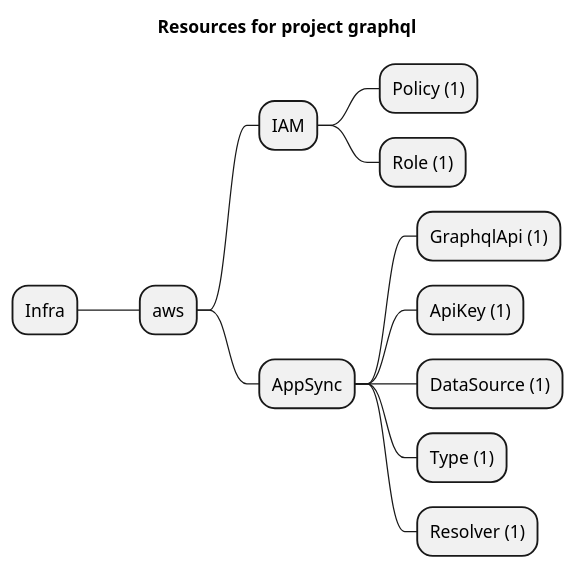
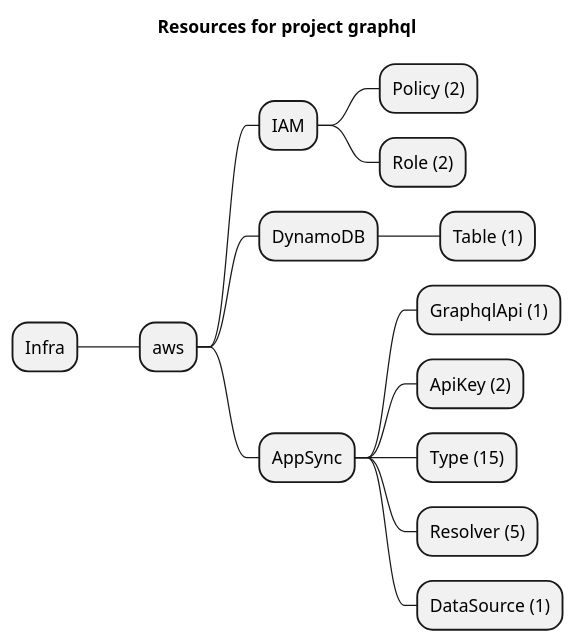
One commit to grucloud/grucloud changed the diagram in examples/aws/appSync/graphql/artifacts/resources-mindmap.puml. Above: the diagram before and after it, drawn with PlantUML. The commit also changed 37 other files, not shown here.

```diff
--- a/examples/aws/appSync/graphql/artifacts/resources-mindmap.puml
+++ b/examples/aws/appSync/graphql/artifacts/resources-mindmap.puml
@@ -1,15 +1,17 @@
 @startmindmap
 title Resources for project graphql
 skinparam monochrome true
 + Infra
 ++ aws
 +++ IAM
-++++ Policy (1)
-++++ Role (1)
+++++ Policy (2)
+++++ Role (2)
++++ DynamoDB
+++++ Table (1)
 +++ AppSync
 ++++ GraphqlApi (1)
-++++ ApiKey (1)
+++++ ApiKey (2)
+++++ Type (15)
+++++ Resolver (5)
 ++++ DataSource (1)
-++++ Type (1)
-++++ Resolver (1)
 @endmindmap
```
